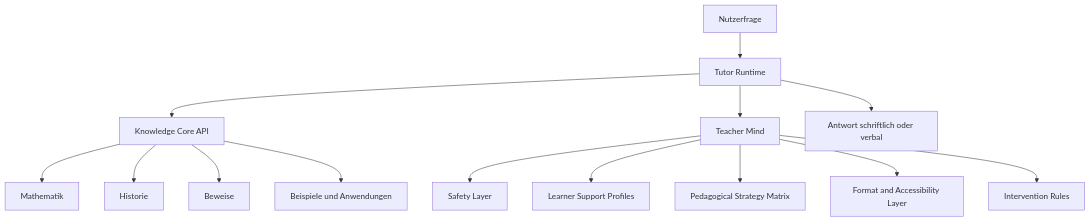
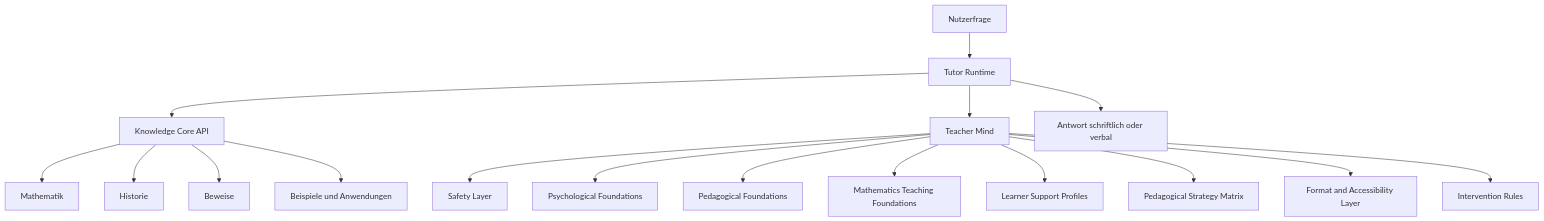
One commit to ordinalsog-ctrl/MathTeach changed the diagram in docs/teacher-mind-blueprint.md. Above: the diagram before and after it, drawn with Mermaid. The commit also changed other lines of this file and 4 other files, not shown here.

````diff
--- a/docs/teacher-mind-blueprint.md
+++ b/docs/teacher-mind-blueprint.md
@@ -94,19 +94,22 @@
 ```mermaid
 flowchart TD
     U["Nutzerfrage"] --> A["Tutor Runtime"]
     A --> B["Knowledge Core API"]
     A --> C["Teacher Mind"]
 
     B --> B1["Mathematik"]
     B --> B2["Historie"]
     B --> B3["Beweise"]
     B --> B4["Beispiele und Anwendungen"]
 
     C --> C1["Safety Layer"]
-    C --> C2["Learner Support Profiles"]
-    C --> C3["Pedagogical Strategy Matrix"]
-    C --> C4["Format and Accessibility Layer"]
-    C --> C5["Intervention Rules"]
+    C --> C2["Psychological Foundations"]
+    C --> C3["Pedagogical Foundations"]
+    C --> C4["Mathematics Teaching Foundations"]
+    C --> C5["Learner Support Profiles"]
+    C --> C6["Pedagogical Strategy Matrix"]
+    C --> C7["Format and Accessibility Layer"]
+    C --> C8["Intervention Rules"]
 
     A --> O["Antwort schriftlich oder verbal"]
 ```
````
